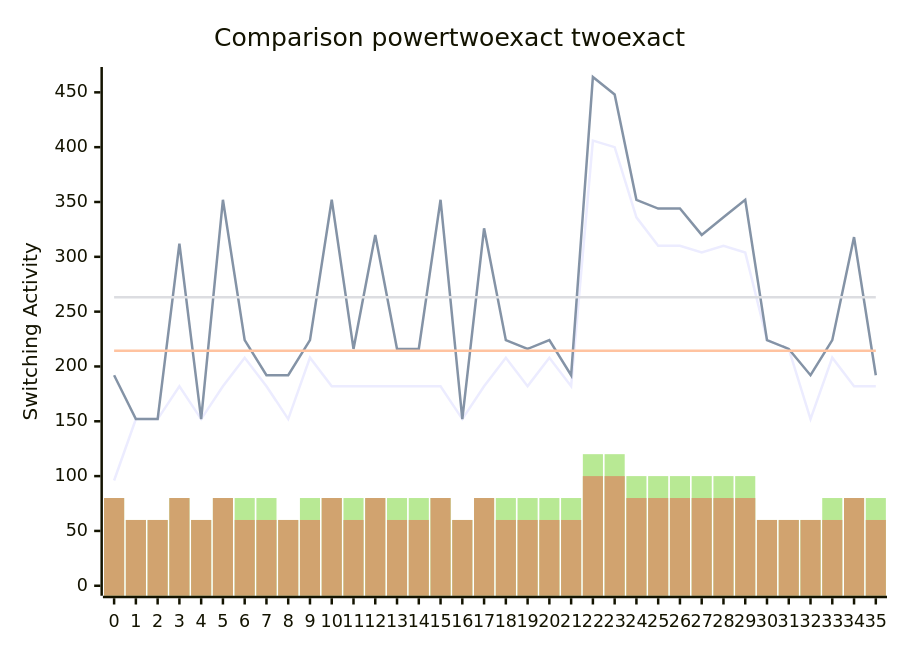
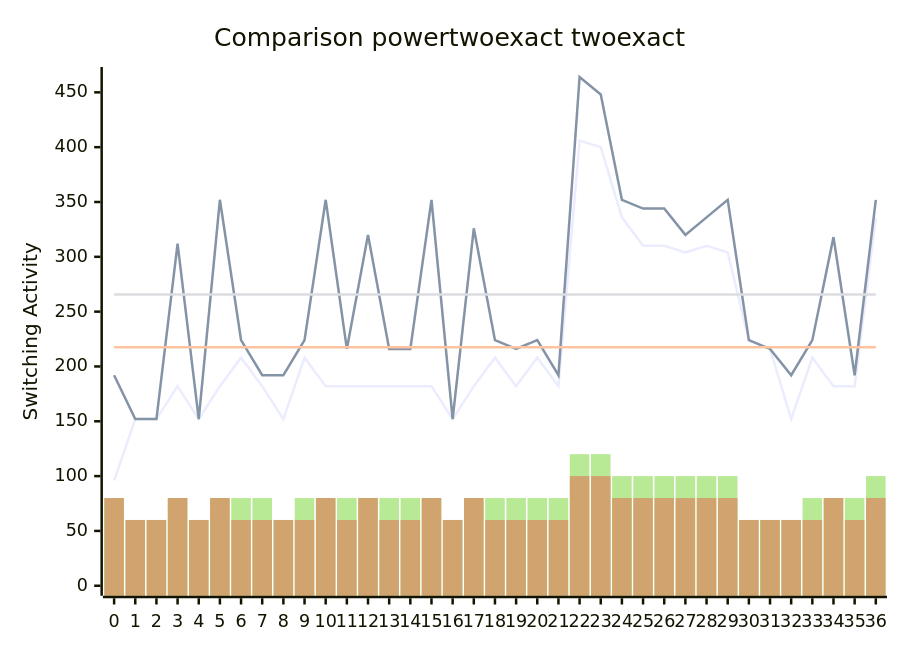
One commit to FeldmeierMichael/Exact-Power-Synthesis changed the diagram in benchmark.md. Above: the diagram before and after it, drawn with Mermaid. The commit also changed other lines of this file and 2 other files, not shown here.

````diff
--- a/benchmark.md
+++ b/benchmark.md
@@ -73,12 +75,12 @@
 ```mermaid
 xychart-beta
     title "Comparison powertwoexact twoexact"
-    x-axis [0, 1, 2, 3, 4, 5, 6, 7, 8, 9, 10, 11, 12, 13, 14, 15, 16, 17, 18, 19, 20, 21, 22, 23, 24, 25, 26, 27, 28, 29, 30, 31, 32, 33, 34, 35]
+    x-axis [0, 1, 2, 3, 4, 5, 6, 7, 8, 9, 10, 11, 12, 13, 14, 15, 16, 17, 18, 19, 20, 21, 22, 23, 24, 25, 26, 27, 28, 29, 30, 31, 32, 33, 34, 35, 36]
     y-axis "Switching Activity" 0-->464
-    line [96, 152, 152, 182, 152, 182, 208, 182, 152, 208, 182, 182, 182, 182, 182, 182, 152, 182, 208, 182, 208, 182, 406, 400, 336, 310, 310, 304, 310, 304, 224, 216, 152, 208, 182, 182]
-    line [192, 152, 152, 312, 152, 352, 224, 192, 192, 224, 352, 216, 320, 216, 216, 352, 152, 326, 224, 216, 224, 192, 464, 448, 352, 344, 344, 320, 336, 352, 224, 216, 192, 224, 318, 192]
-    line [214.33333333333334, 214.33333333333334, 214.33333333333334, 214.33333333333334, 214.33333333333334, 214.33333333333334, 214.33333333333334, 214.33333333333334, 214.33333333333334, 214.33333333333334, 214.33333333333334, 214.33333333333334, 214.33333333333334, 214.33333333333334, 214.33333333333334, 214.33333333333334, 214.33333333333334, 214.33333333333334, 214.33333333333334, 214.33333333333334, 214.33333333333334, 214.33333333333334, 214.33333333333334, 214.33333333333334, 214.33333333333334, 214.33333333333334, 214.33333333333334, 214.33333333333334, 214.33333333333334, 214.33333333333334, 214.33333333333334, 214.33333333333334, 214.33333333333334, 214.33333333333334, 214.33333333333334, 214.33333333333334]
-    line [263.22222222222223, 263.22222222222223, 263.22222222222223, 263.22222222222223, 263.22222222222223, 263.22222222222223, 263.22222222222223, 263.22222222222223, 263.22222222222223, 263.22222222222223, 263.22222222222223, 263.22222222222223, 263.22222222222223, 263.22222222222223, 263.22222222222223, 263.22222222222223, 263.22222222222223, 263.22222222222223, 263.22222222222223, 263.22222222222223, 263.22222222222223, 263.22222222222223, 263.22222222222223, 263.22222222222223, 263.22222222222223, 263.22222222222223, 263.22222222222223, 263.22222222222223, 263.22222222222223, 263.22222222222223, 263.22222222222223, 263.22222222222223, 263.22222222222223, 263.22222222222223, 263.22222222222223, 263.22222222222223]
-    bar [80, 60, 60, 80, 60, 80, 80, 80, 60, 80, 80, 80, 80, 80, 80, 80, 60, 80, 80, 80, 80, 80, 120, 120, 100, 100, 100, 100, 100, 100, 60, 60, 60, 80, 80, 80]
-    bar [80, 60, 60, 80, 60, 80, 60, 60, 60, 60, 80, 60, 80, 60, 60, 80, 60, 80, 60, 60, 60, 60, 100, 100, 80, 80, 80, 80, 80, 80, 60, 60, 60, 60, 80, 60]
+    line [96, 152, 152, 182, 152, 182, 208, 182, 152, 208, 182, 182, 182, 182, 182, 182, 152, 182, 208, 182, 208, 182, 406, 400, 336, 310, 310, 304, 310, 304, 224, 216, 152, 208, 182, 182, 336]
+    line [192, 152, 152, 312, 152, 352, 224, 192, 192, 224, 352, 216, 320, 216, 216, 352, 152, 326, 224, 216, 224, 192, 464, 448, 352, 344, 344, 320, 336, 352, 224, 216, 192, 224, 318, 192, 352]
+    line [217.6216216216216, 217.6216216216216, 217.6216216216216, 217.6216216216216, 217.6216216216216, 217.6216216216216, 217.6216216216216, 217.6216216216216, 217.6216216216216, 217.6216216216216, 217.6216216216216, 217.6216216216216, 217.6216216216216, 217.6216216216216, 217.6216216216216, 217.6216216216216, 217.6216216216216, 217.6216216216216, 217.6216216216216, 217.6216216216216, 217.6216216216216, 217.6216216216216, 217.6216216216216, 217.6216216216216, 217.6216216216216, 217.6216216216216, 217.6216216216216, 217.6216216216216, 217.6216216216216, 217.6216216216216, 217.6216216216216, 217.6216216216216, 217.6216216216216, 217.6216216216216, 217.6216216216216, 217.6216216216216, 217.6216216216216]
+    line [265.6216216216216, 265.6216216216216, 265.6216216216216, 265.6216216216216, 265.6216216216216, 265.6216216216216, 265.6216216216216, 265.6216216216216, 265.6216216216216, 265.6216216216216, 265.6216216216216, 265.6216216216216, 265.6216216216216, 265.6216216216216, 265.6216216216216, 265.6216216216216, 265.6216216216216, 265.6216216216216, 265.6216216216216, 265.6216216216216, 265.6216216216216, 265.6216216216216, 265.6216216216216, 265.6216216216216, 265.6216216216216, 265.6216216216216, 265.6216216216216, 265.6216216216216, 265.6216216216216, 265.6216216216216, 265.6216216216216, 265.6216216216216, 265.6216216216216, 265.6216216216216, 265.6216216216216, 265.6216216216216, 265.6216216216216]
+    bar [80, 60, 60, 80, 60, 80, 80, 80, 60, 80, 80, 80, 80, 80, 80, 80, 60, 80, 80, 80, 80, 80, 120, 120, 100, 100, 100, 100, 100, 100, 60, 60, 60, 80, 80, 80, 100]
+    bar [80, 60, 60, 80, 60, 80, 60, 60, 60, 60, 80, 60, 80, 60, 60, 80, 60, 80, 60, 60, 60, 60, 100, 100, 80, 80, 80, 80, 80, 80, 60, 60, 60, 60, 80, 60, 80]
 ```
````
